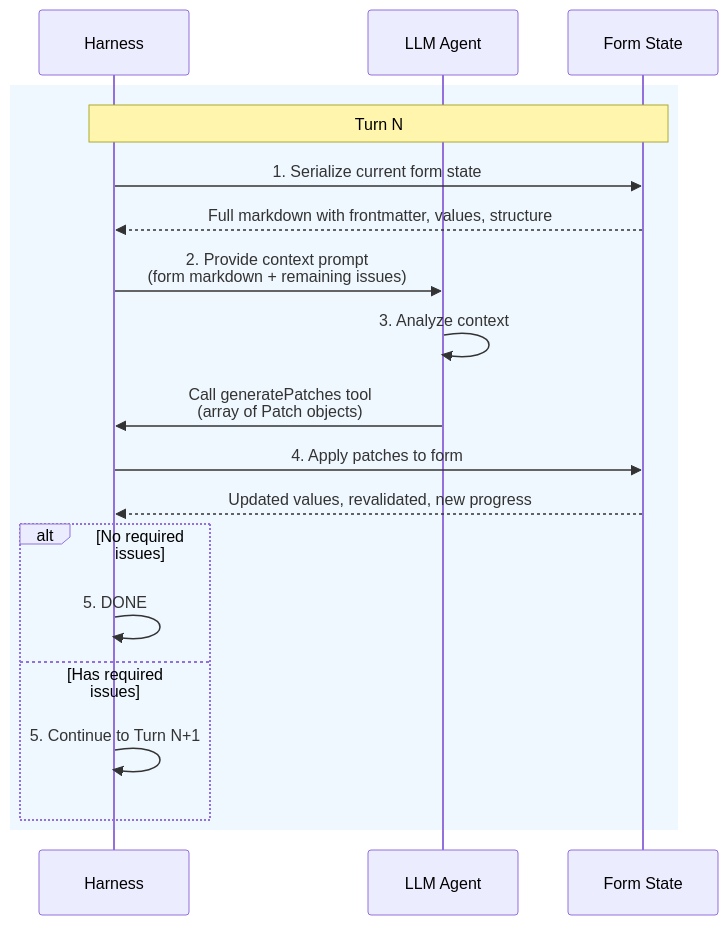
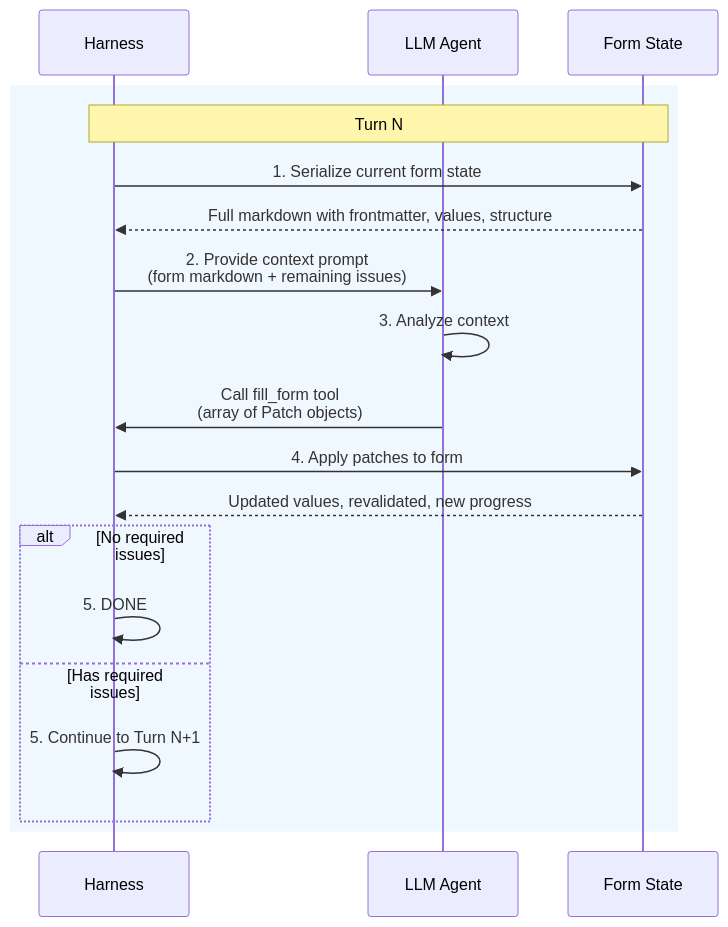
Before and after one commit to jlevy/markform: the second of 2 diagrams in docs/project/architecture/current/arch-markform-design.md, drawn with Mermaid. The commit also changed other lines of this file and 18 other files, not shown here.

First line of the commit message:
refactor: rename generatePatches tool to fill_form

````diff
--- a/docs/project/architecture/current/arch-markform-design.md
+++ b/docs/project/architecture/current/arch-markform-design.md
@@ -589,26 +589,26 @@
 ```mermaid
 sequenceDiagram
     participant H as Harness
     participant L as LLM Agent
     participant F as Form State
 
     rect rgb(240, 248, 255)
         Note over H,F: Turn N
         H->>F: 1. Serialize current form state
         F-->>H: Full markdown with frontmatter, values, structure
 
         H->>L: 2. Provide context prompt<br/>(form markdown + remaining issues)
 
         L->>L: 3. Analyze context
-        L->>H: Call generatePatches tool<br/>(array of Patch objects)
+        L->>H: Call fill_form tool<br/>(array of Patch objects)
 
         H->>F: 4. Apply patches to form
         F-->>H: Updated values, revalidated, new progress
 
         alt No required issues
             H->>H: 5. DONE
         else Has required issues
             H->>H: 5. Continue to Turn N+1
         end
     end
 ```
````
